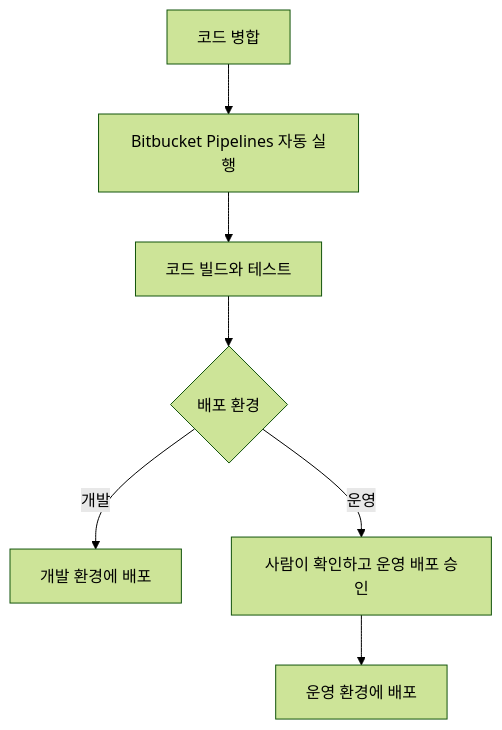
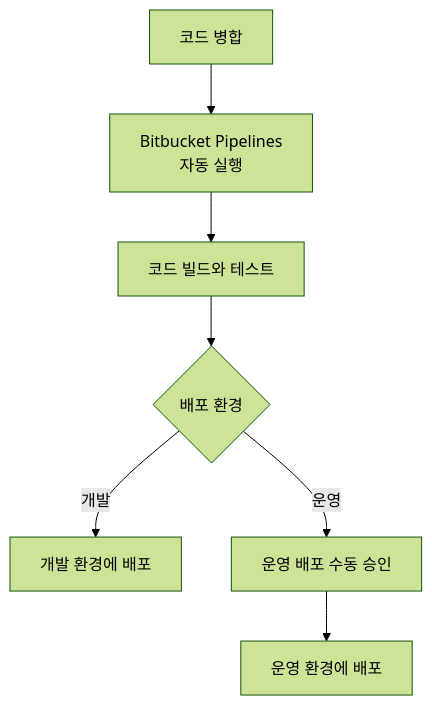
Before and after one commit to KimHG1995/work-history: the diagram in projects/platform-operations/deployment.md, drawn with Mermaid (forest theme). The commit also changed 18 other files, not shown here.

Commit message:
docs: 공개 Mermaid 다이어그램 가독성 전수 개선

````diff
--- a/projects/platform-operations/deployment.md
+++ b/projects/platform-operations/deployment.md
@@ -45,9 +45,9 @@
 ```mermaid
 flowchart TD
-    merge["코드 병합"] --> pipeline["Bitbucket Pipelines 자동 실행"]
+    merge["코드 병합"] --> pipeline["Bitbucket Pipelines<br/>자동 실행"]
     pipeline --> build["코드 빌드와 테스트"]
     build --> environment{"배포 환경"}
     environment -->|개발| dev["개발 환경에 배포"]
-    environment -->|운영| verify["사람이 확인하고 운영 배포 승인"]
+    environment -->|운영| verify["운영 배포 수동 승인"]
     verify --> prod["운영 환경에 배포"]
 ```
````
